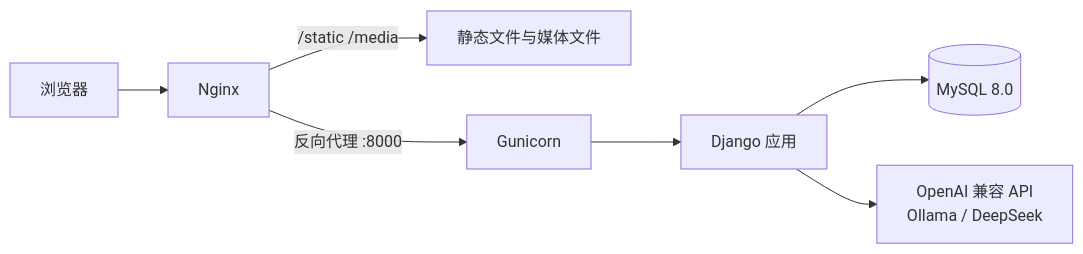
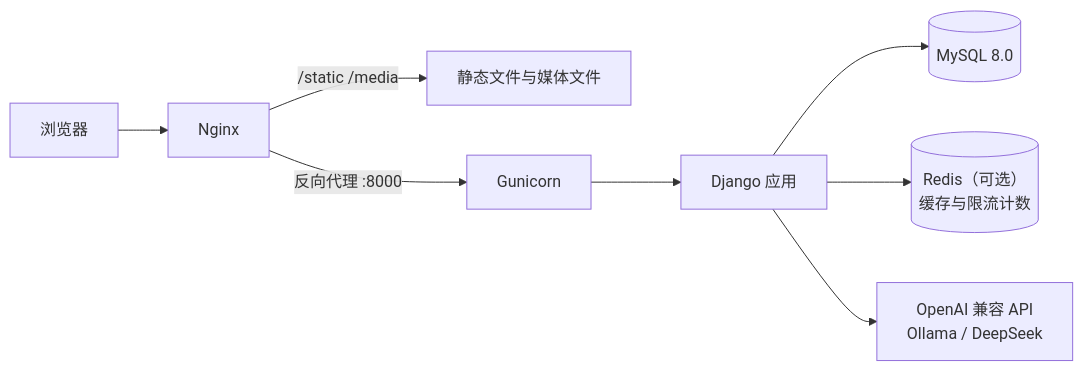
The first of 2 diagrams in README.md (llz888/BookRecommendSystem), drawn with Mermaid before and after one commit. The commit also changed other lines of this file and 4 other files, not shown here.

````diff
--- a/README.md
+++ b/README.md
@@ -32,9 +33,10 @@
 ```mermaid
 flowchart LR
     B["浏览器"] --> N["Nginx"]
     N -->|"/static /media"| S["静态文件与媒体文件"]
     N -->|"反向代理 :8000"| G["Gunicorn"]
     G --> D["Django 应用"]
     D --> M[("MySQL 8.0")]
+    D --> R[("Redis（可选）<br/>缓存与限流计数")]
     D --> A["OpenAI 兼容 API<br/>Ollama / DeepSeek"]
 ```
````
